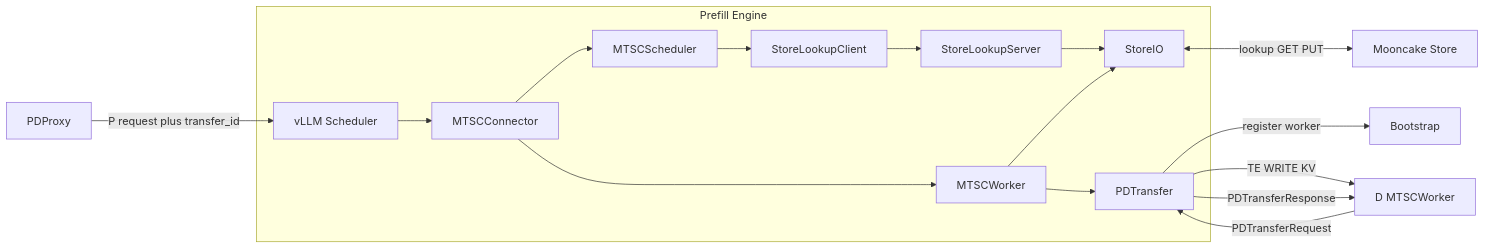
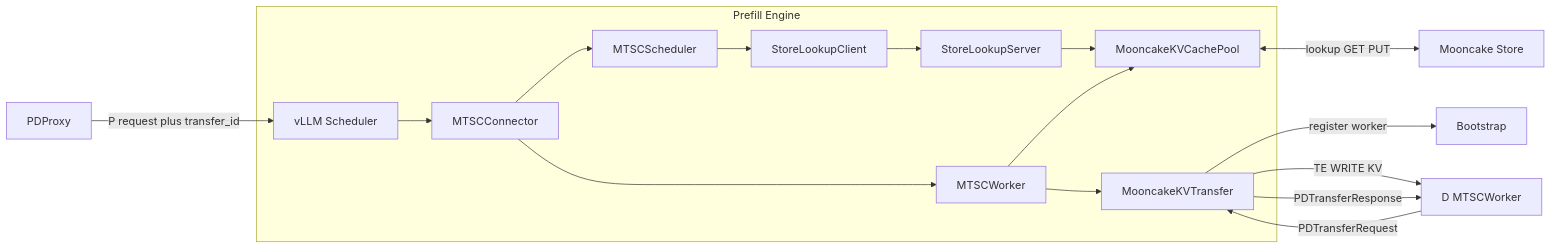
One commit to WangSu-X/MTSC changed the first of 4 diagrams in docs/design/S02-prefill设计.md. Above: the diagram before and after it, drawn with Mermaid. The commit also changed other lines of this file and 20 other files, not shown here.

Commit message:
refactor(mtsc): implement Mooncake KVCachePool and KVTransfer

````diff
--- a/docs/design/S02-prefill设计.md
+++ b/docs/design/S02-prefill设计.md
@@ -72,21 +72,21 @@
 ```mermaid
 flowchart LR
     X[PDProxy] -->|P request plus transfer_id| VS[vLLM Scheduler]
 
     subgraph P[Prefill Engine]
         VS --> C[MTSCConnector]
         C --> S[MTSCScheduler]
         C --> W[MTSCWorker]
         S --> LC[StoreLookupClient]
-        W --> SI[StoreIO]
-        W --> PD[PDTransfer]
+        W --> SI[MooncakeKVCachePool]
+        W --> PD[MooncakeKVTransfer]
         LC --> LS[StoreLookupServer]
         LS --> SI
     end
 
     SI <-->|lookup GET PUT| MS[Mooncake Store]
     PD -->|register worker| B[Bootstrap]
     D[D MTSCWorker] -->|PDTransferRequest| PD
     PD -->|TE WRITE KV| D
     PD -->|PDTransferResponse| D
 ```
````
